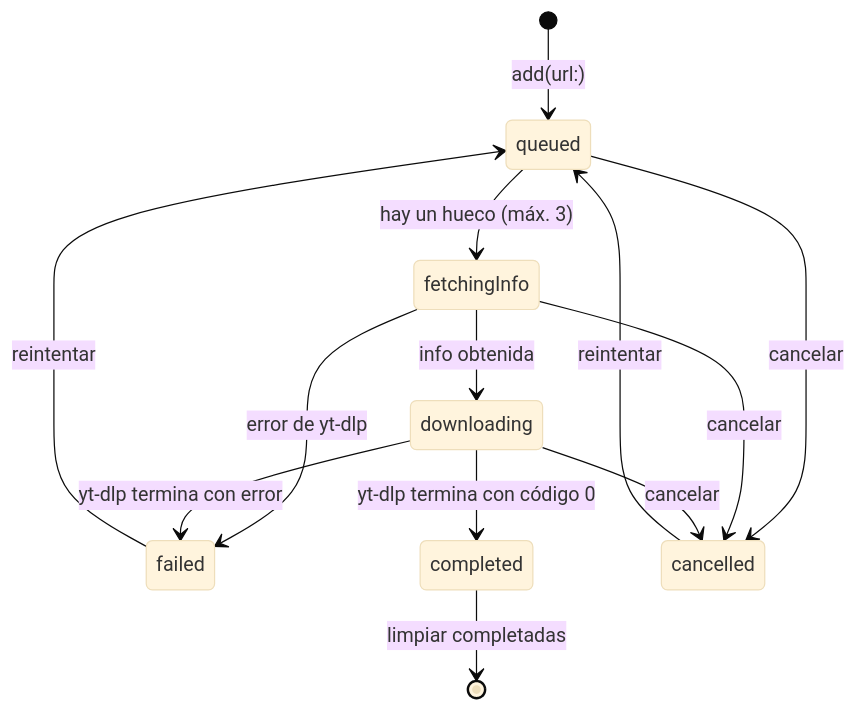
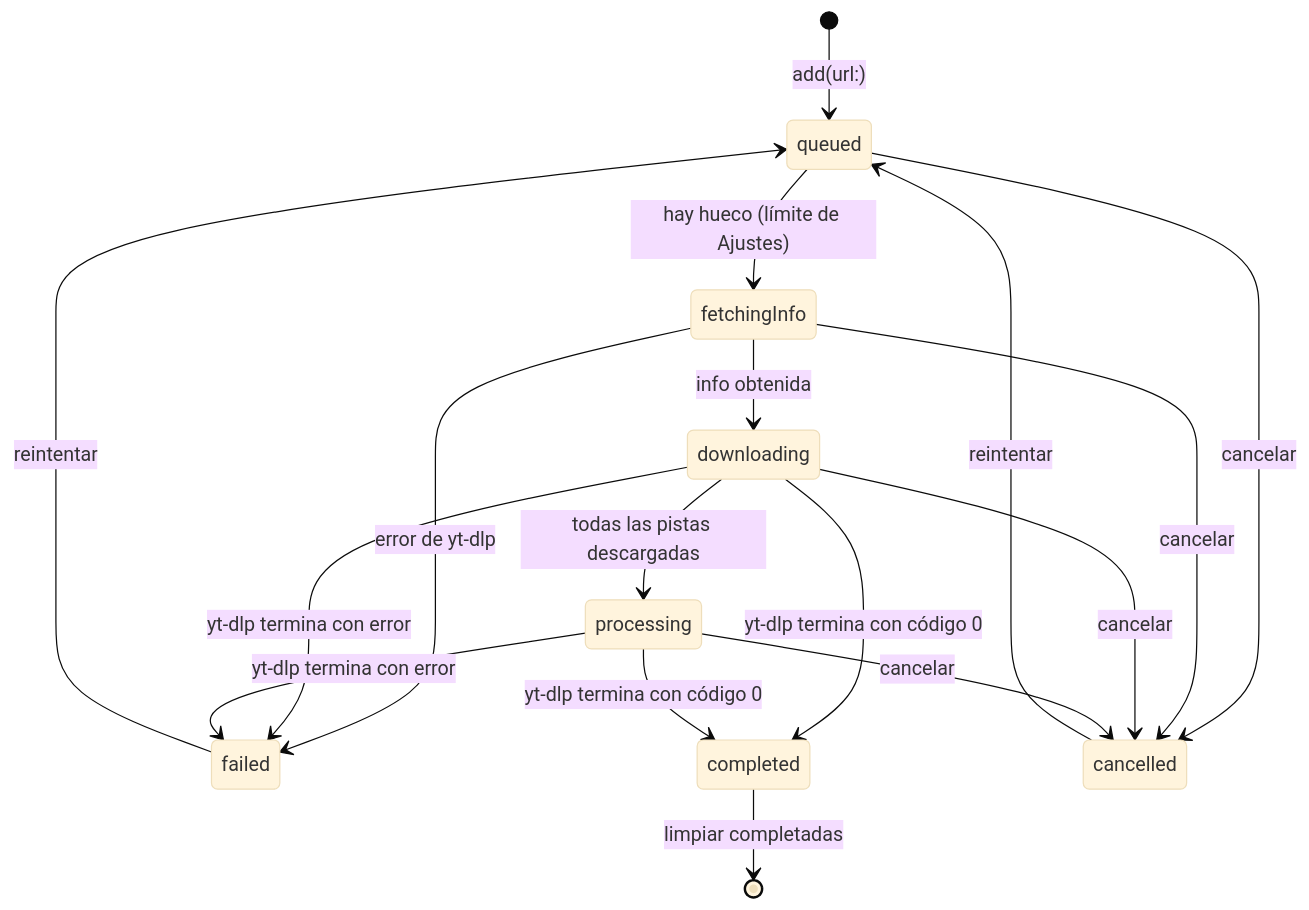
Before and after one commit to stargazecas/Loadr: the second of 2 diagrams in docs/arquitectura.md, drawn with Mermaid (base theme). The commit also changed other lines of this file and 7 other files, not shown here.

````diff
--- a/docs/arquitectura.md
+++ b/docs/arquitectura.md
@@ -68,15 +84,19 @@
 ```mermaid
 stateDiagram-v2
     [*] --> queued: add(url:)
-    queued --> fetchingInfo: hay un hueco (máx. 3)
+    queued --> fetchingInfo: hay hueco (límite de Ajustes)
     fetchingInfo --> downloading: info obtenida
     fetchingInfo --> failed: error de yt-dlp
+    downloading --> processing: todas las pistas descargadas
     downloading --> completed: yt-dlp termina con código 0
+    processing --> completed: yt-dlp termina con código 0
     downloading --> failed: yt-dlp termina con error
+    processing --> failed: yt-dlp termina con error
     queued --> cancelled: cancelar
     fetchingInfo --> cancelled: cancelar
     downloading --> cancelled: cancelar
+    processing --> cancelled: cancelar
     failed --> queued: reintentar
     cancelled --> queued: reintentar
     completed --> [*]: limpiar completadas
 ```
````
